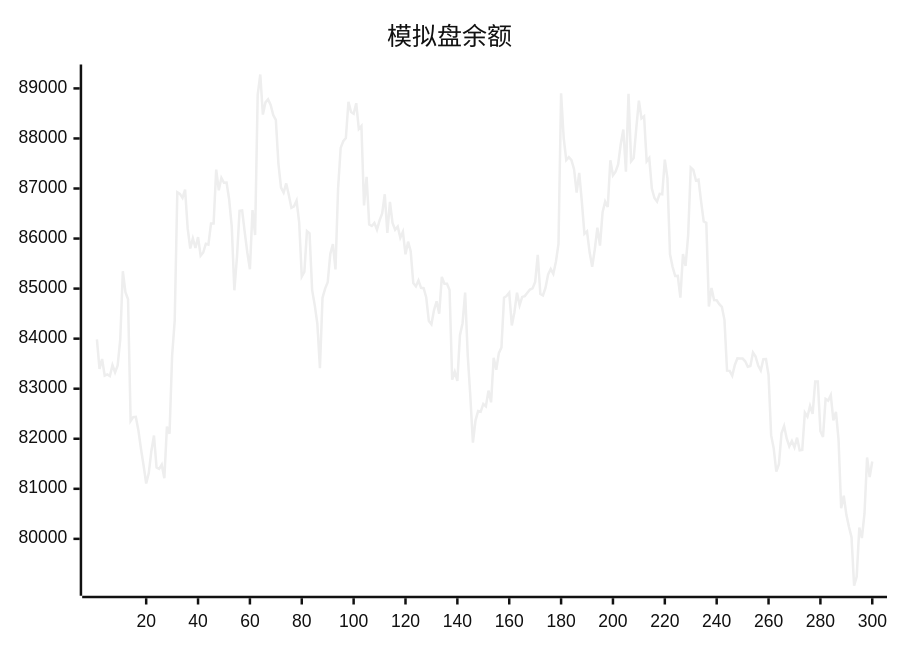
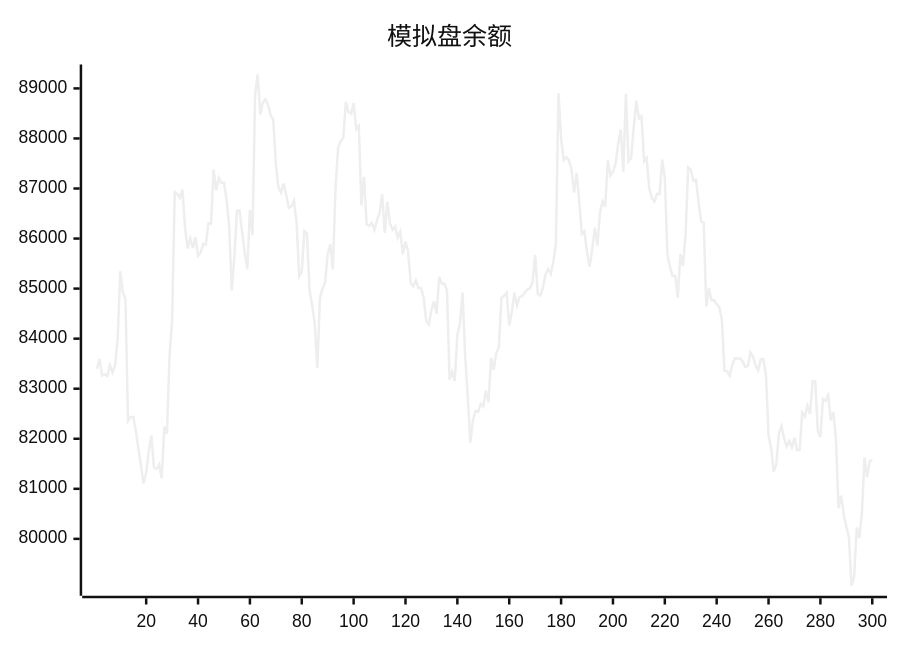
One commit to aahl/ai-trading changed the diagram in README.md. Above: the diagram before and after it, drawn with Mermaid (neutral theme). The commit also changed other lines of this file and 1 other file, not shown here.

````diff
--- a/README.md
+++ b/README.md
@@ -5,5 +5,5 @@
 ```mermaid
 xychart
     title "模拟盘余额"
-    line [83984,83396,83594,83261,83287,83253,83470,83327,83465,83987,85348,84930,84786,82355,82433,82438,82167,81795,81466,81105,81315,81756,82064,81426,81398,81481,81210,82242,82099,83658,84359,86925,86892,86814,86980,86203,85802,86003,85811,86028,85657,85721,85896,85880,86300,86299,87378,86965,87214,87115,87118,86780,86238,84966,85623,86555,86562,86129,85722,85387,86569,86070,88870,89278,88477,88720,88781,88668,88467,88372,87493,87018,86917,87102,86870,86613,86644,86758,86317,85242,85334,86149,86106,84968,84671,84302,83410,84816,85001,85127,85693,85891,85384,87001,87811,87945,88007,88734,88528,88495,88705,88189,88248,86662,87234,86279,86251,86314,86177,86364,86503,86886,86114,86731,86310,86176,86240,86017,86136,85685,85938,85749,85111,85044,85164,85016,85008,84824,84354,84287,84572,84745,84500,85234,85096,85095,84970,83180,83338,83157,84070,84309,84922,83667,82850,81924,82369,82552,82539,82695,82648,82962,82728,83619,83378,83710,83825,84819,84854,84917,84265,84527,84919,84668,84834,84850,84916,84981,85004,85131,85674,84891,84864,85019,85284,85393,85294,85538,85894,88904,88012,87567,87625,87568,87386,86920,87313,86737,86094,86143,85725,85437,85787,86219,85859,86526,86740,86630,87563,87264,87335,87483,87886,88180,87335,88894,87544,87608,88207,88755,88401,88444,87543,87608,87000,86810,86740,86894,86884,87576,87209,85686,85435,85251,85255,84820,85689,85453,86066,87420,87373,87161,87178,86740,86341,86315,84643,85012,84772,84768,84690,84635,84376,83360,83357,83259,83474,83608,83606,83602,83548,83440,83454,83724,83644,83464,83365,83590,83592,83275,82072,81806,81344,81492,82109,82254,82006,81848,81955,81829,82022,81769,81776,82522,82441,82656,82498,83144,83144,82150,82038,82797,82763,82872,82367,82536,81981,80612,80862,80484,80242,80034,79063,79245,80226,80016,80507,81625,81233,81544]
+    line [83396,83594,83261,83287,83253,83470,83327,83465,83987,85348,84930,84786,82355,82433,82438,82167,81795,81466,81105,81315,81756,82064,81426,81398,81481,81210,82242,82099,83658,84359,86925,86892,86814,86980,86203,85802,86003,85811,86028,85657,85721,85896,85880,86300,86299,87378,86965,87214,87115,87118,86780,86238,84966,85623,86555,86562,86129,85722,85387,86569,86070,88870,89278,88477,88720,88781,88668,88467,88372,87493,87018,86917,87102,86870,86613,86644,86758,86317,85242,85334,86149,86106,84968,84671,84302,83410,84816,85001,85127,85693,85891,85384,87001,87811,87945,88007,88734,88528,88495,88705,88189,88248,86662,87234,86279,86251,86314,86177,86364,86503,86886,86114,86731,86310,86176,86240,86017,86136,85685,85938,85749,85111,85044,85164,85016,85008,84824,84354,84287,84572,84745,84500,85234,85096,85095,84970,83180,83338,83157,84070,84309,84922,83667,82850,81924,82369,82552,82539,82695,82648,82962,82728,83619,83378,83710,83825,84819,84854,84917,84265,84527,84919,84668,84834,84850,84916,84981,85004,85131,85674,84891,84864,85019,85284,85393,85294,85538,85894,88904,88012,87567,87625,87568,87386,86920,87313,86737,86094,86143,85725,85437,85787,86219,85859,86526,86740,86630,87563,87264,87335,87483,87886,88180,87335,88894,87544,87608,88207,88755,88401,88444,87543,87608,87000,86810,86740,86894,86884,87576,87209,85686,85435,85251,85255,84820,85689,85453,86066,87420,87373,87161,87178,86740,86341,86315,84643,85012,84772,84768,84690,84635,84376,83360,83357,83259,83474,83608,83606,83602,83548,83440,83454,83724,83644,83464,83365,83590,83592,83275,82072,81806,81344,81492,82109,82254,82006,81848,81955,81829,82022,81769,81776,82522,82441,82656,82498,83144,83144,82150,82038,82797,82763,82872,82367,82536,81981,80612,80862,80484,80242,80034,79063,79245,80226,80016,80507,81625,81233,81544,81578]
 ```
````
